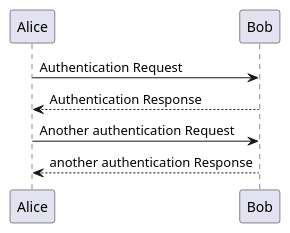
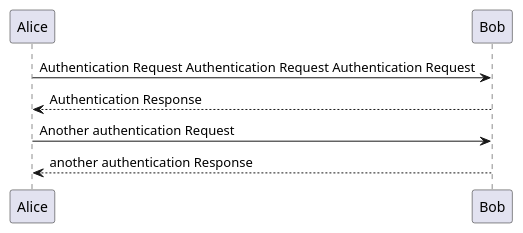
The diagram in gestion_copropriete/syndic/plant.plantuml (ahmederrami/gestion_copropriete), drawn with PlantUML before and after one commit. The commit also changed 7 other files, not shown here.

```diff
--- a/gestion_copropriete/syndic/plant.plantuml
+++ b/gestion_copropriete/syndic/plant.plantuml
@@ -1,7 +1,7 @@
 @startuml
-Alice -> Bob: Authentication Request
+Alice -> Bob: Authentication Request Authentication Request Authentication Request
 Bob --> Alice: Authentication Response
 
 Alice -> Bob: Another authentication Request
 Alice <-- Bob: another authentication Response
 @enduml
```
